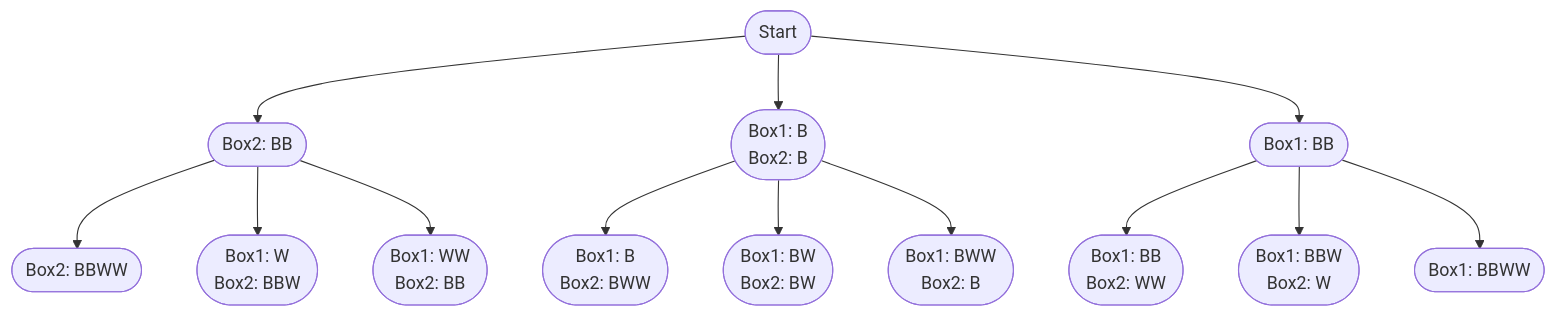
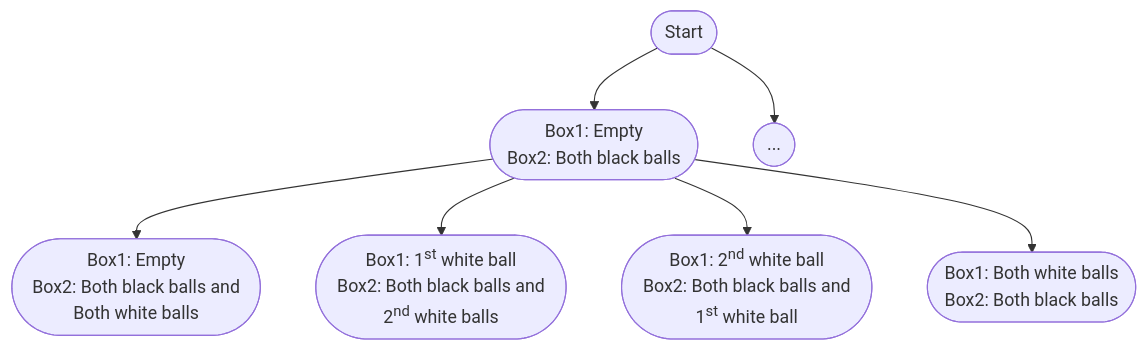
Before and after one commit to vchoudhari45/codingcargo-2.0: the diagram in docs/2-leetcode/1467-probability-of-a-two-boxes-having-the-same-number-of-distinct-balls.mdx, drawn with Mermaid. The commit also changed other lines of this file and 6 other files, not shown here.

````diff
--- a/docs/2-leetcode/1467-probability-of-a-two-boxes-having-the-same-number-of-distinct-balls.mdx
+++ b/docs/2-leetcode/1467-probability-of-a-two-boxes-having-the-same-number-of-distinct-balls.mdx
@@ -53,18 +59,11 @@
 ```mermaid
 graph TD
-    A([Start]) --> B([Box2: BB])
-    A --> C([Box1: B <br /> Box2: B])
-    A -->  D([Box1: BB])
+    A([Start]) --> B([Box1: Empty <br /> Box2: Both black balls])
+		A --> C([...])
 
-		B -->  E([Box2: BBWW])
-		B -->  F([Box1: W <br /> Box2: BBW])
-		B -->  G([Box1: WW <br /> Box2: BB])
-
-		C -->  H([Box1: B <br /> Box2: BWW])
-		C -->  I([Box1: BW <br /> Box2: BW])
-		C -->  J([Box1: BWW <br /> Box2: B])
-
-		D -->  K([Box1: BB <br /> Box2: WW])
-		D -->  L([Box1: BBW <br /> Box2: W])
-		D -->  M([Box1: BBWW])
+		B --> F([Box1: Empty <br /> Box2: Both black balls and <br /> Both white balls])
+		B --> G([Box1: 1<sup>st</sup> white ball <br /> Box2: Both black balls and <br /> 2<sup>nd</sup> white balls])
+		B --> H([Box1: 2<sup>nd</sup> white ball <br /> Box2: Both black balls and <br /> 1<sup>st</sup> white ball])
+		B --> I([Box1: Both white balls <br /> Box2: Both black balls])
+		
 ``` 
````
